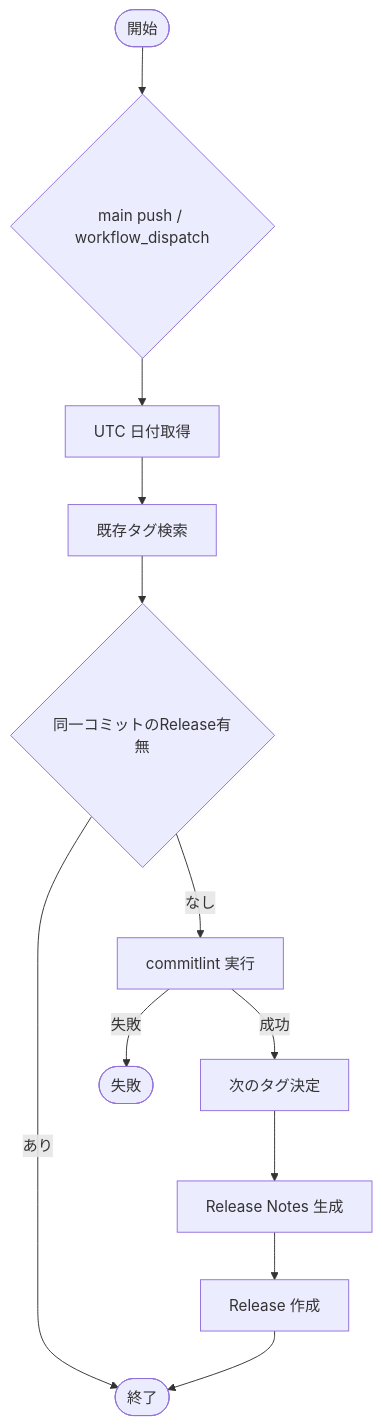
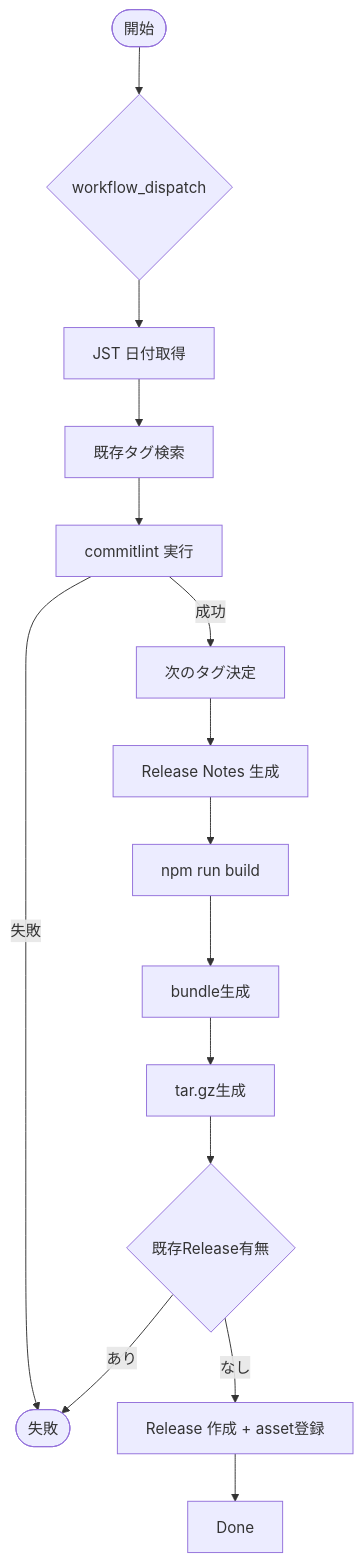
Before and after one commit to LevelCapTech/Agile-PMBOK-Assist: the second of 2 diagrams in .github/copilot/plans/47_github-release-management-implementation-plan.md, drawn with Mermaid. The commit also changed other lines of this file, not shown here.

````diff
--- a/.github/copilot/plans/47_github-release-management-implementation-plan.md
+++ b/.github/copilot/plans/47_github-release-management-implementation-plan.md
@@ -152,14 +160,17 @@
 ```mermaid
 flowchart TD
-  Start([開始]) --> Trigger{main push / workflow_dispatch}
-  Trigger --> Date[UTC 日付取得]
+  Start([開始]) --> Trigger{workflow_dispatch}
+  Trigger --> Date[JST 日付取得]
   Date --> Tags[既存タグ検索]
-  Tags --> CheckRelease{同一コミットのRelease有無}
-  CheckRelease -->|あり| Done([終了])
-  CheckRelease -->|なし| Lint[commitlint 実行]
+  Tags --> Lint[commitlint 実行]
   Lint -->|失敗| Fail([失敗])
   Lint -->|成功| NextTag[次のタグ決定]
   NextTag --> Notes[Release Notes 生成]
-  Notes --> Create[Release 作成]
+  Notes --> Build[npm run build]
+  Build --> Bundle[bundle生成]
+  Bundle --> Tar[tar.gz生成]
+  Tar --> CheckRelease{既存Release有無}
+  CheckRelease -->|あり| Fail
+  CheckRelease -->|なし| Create[Release 作成 + asset登録]
   Create --> Done
 ```
````
